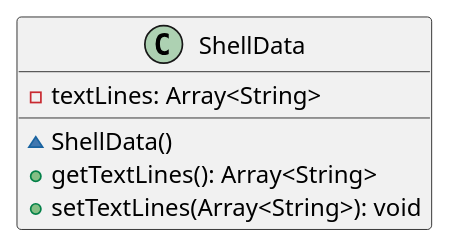
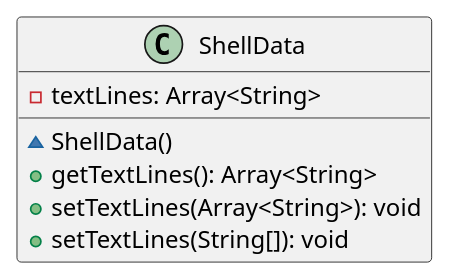
The diagram in malokhvii-eduard/malokhvii04/doc/plantuml/ua/khpi/oop/malokhvii04/shell/ShellData.puml (P-Kalin/kit26a), drawn with PlantUML before and after one commit. The commit also changed 3 other files, not shown here.

Commit message:
#3 malokhvii04: update graphs

```diff
--- a/malokhvii-eduard/malokhvii04/doc/plantuml/ua/khpi/oop/malokhvii04/shell/ShellData.puml
+++ b/malokhvii-eduard/malokhvii04/doc/plantuml/ua/khpi/oop/malokhvii04/shell/ShellData.puml
@@ -1,10 +1,11 @@
 @startuml
 
     class ShellData {
         -textLines: Array<String>
         ~ShellData()
         +getTextLines(): Array<String>
         +setTextLines(Array<String>): void
+        +setTextLines(String[]): void
     }
 
 @enduml
```
